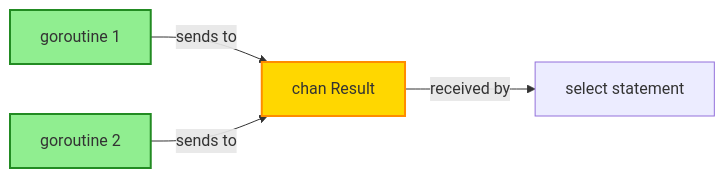
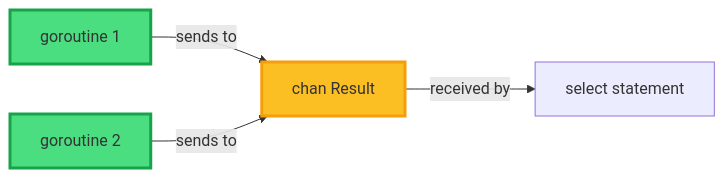
One commit to Smana/scai changed the third of 3 diagrams in .claude/commands/create-pr.md. Above: the diagram before and after it, drawn with Mermaid. The commit also changed other lines of this file and 57 other files, not shown here.

````diff
--- a/.claude/commands/create-pr.md
+++ b/.claude/commands/create-pr.md
@@ -522,14 +322,14 @@
 ```mermaid
 flowchart LR
     goroutine1["goroutine 1"]:::goroutine
     goroutine2["goroutine 2"]:::goroutine
     channel["chan Result"]:::channel
     select["select statement"]
 
     goroutine1 -- "sends to" --> channel
     goroutine2 -- "sends to" --> channel
     channel -- "received by" --> select
 
-    classDef goroutine fill:#90EE90,stroke:#228B22,stroke-width:2px
-    classDef channel fill:#FFD700,stroke:#FF8C00,stroke-width:2px
+    classDef goroutine fill:#4ADE80,stroke:#16A34A,stroke-width:3px
+    classDef channel fill:#FBBF24,stroke:#F59E0B,stroke-width:3px
 ```
````
